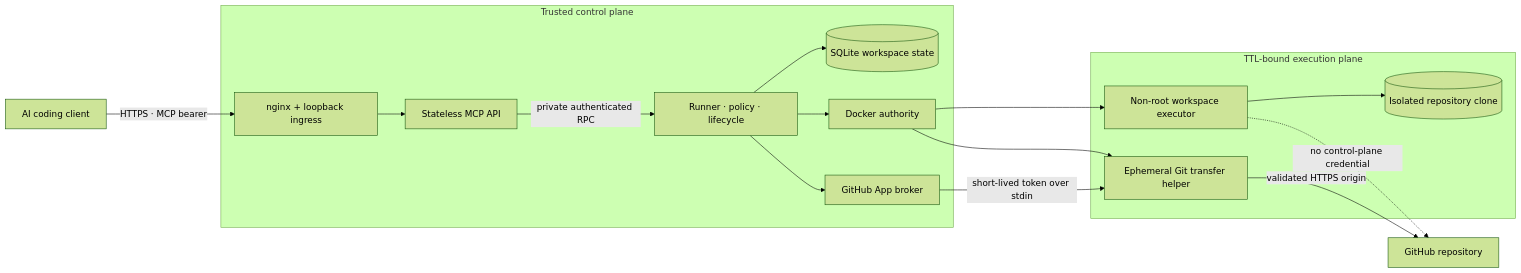
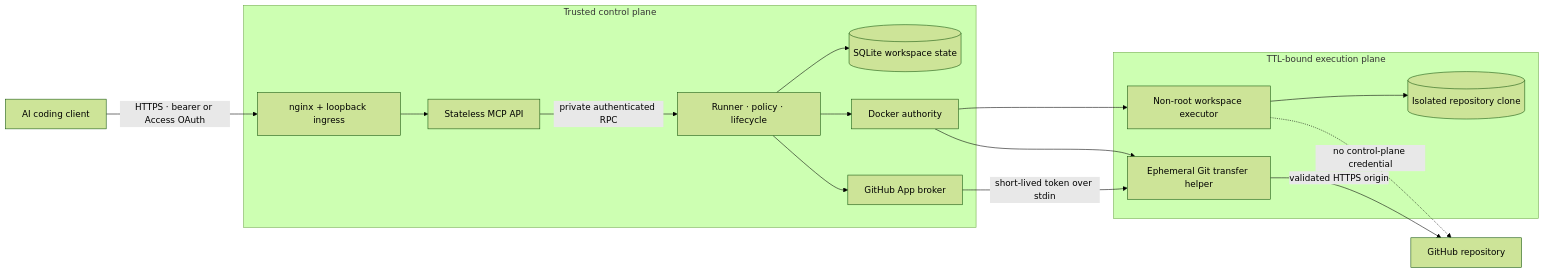
The first of 2 diagrams in README.md (bestagentkits/cloud-harness-mcp), drawn with Mermaid (forest theme) before and after one commit. The commit also changed other lines of this file and 114 other files, not shown here.

````diff
--- a/README.md
+++ b/README.md
@@ -29,22 +31,22 @@
 ```mermaid
 flowchart LR
-  Client["AI coding client"] -->|"HTTPS · MCP bearer"| Nginx["nginx + loopback ingress"]
+  Client["AI coding client"] -->|"HTTPS · bearer or Access OAuth"| Nginx["nginx + loopback ingress"]
 
   subgraph Control["Trusted control plane"]
     Nginx --> API["Stateless MCP API"]
     API -->|"private authenticated RPC"| Runner["Runner · policy · lifecycle"]
     Runner --> Store[("SQLite workspace state")]
     Runner --> Docker["Docker authority"]
     Runner --> Broker["GitHub App broker"]
   end
 
   subgraph Execution["TTL-bound execution plane"]
     Docker --> Executor["Non-root workspace executor"]
     Docker --> GitHelper["Ephemeral Git transfer helper"]
     Executor --> Repo[("Isolated repository clone")]
   end
 
   Broker -->|"short-lived token over stdin"| GitHelper
   GitHelper -->|"validated HTTPS origin"| GitHub["GitHub repository"]
   Executor -.->|"no control-plane credential"| GitHub
 ```
````
